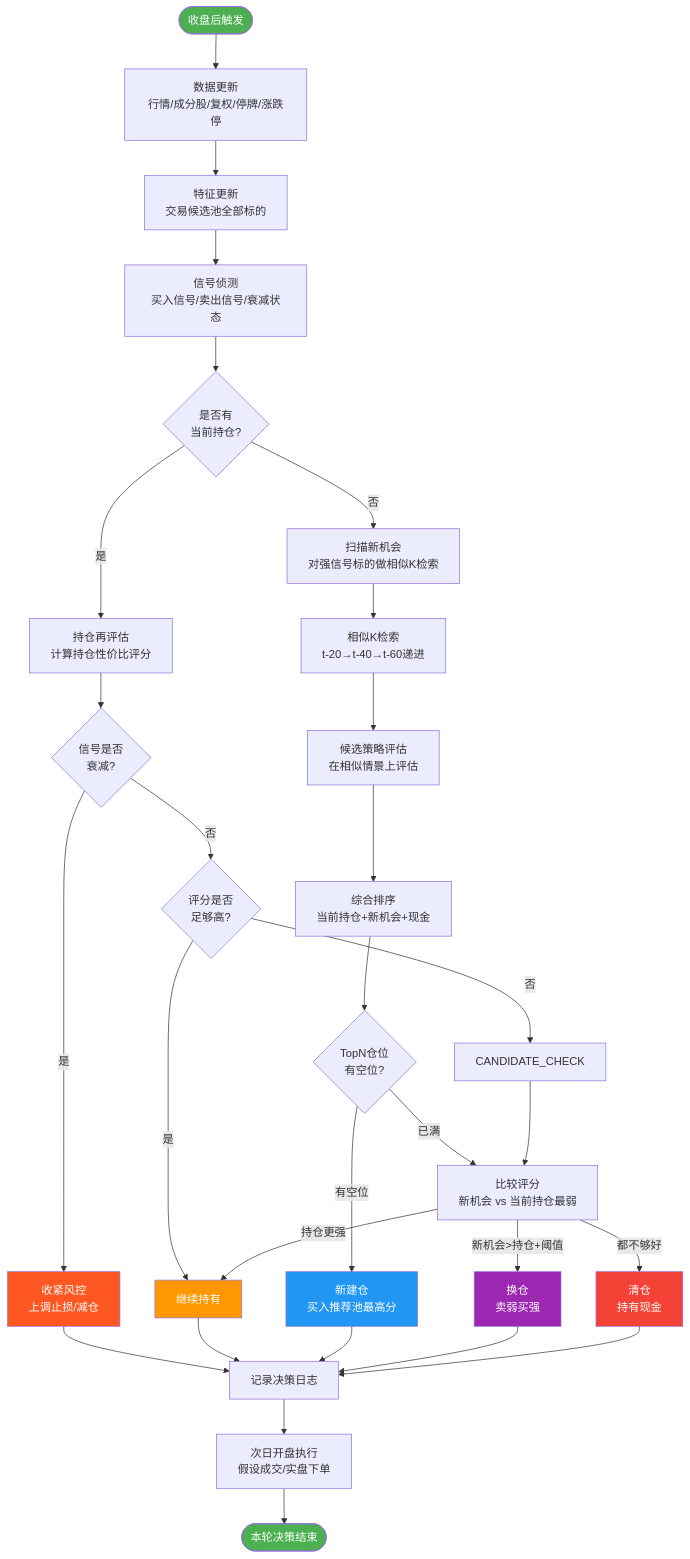
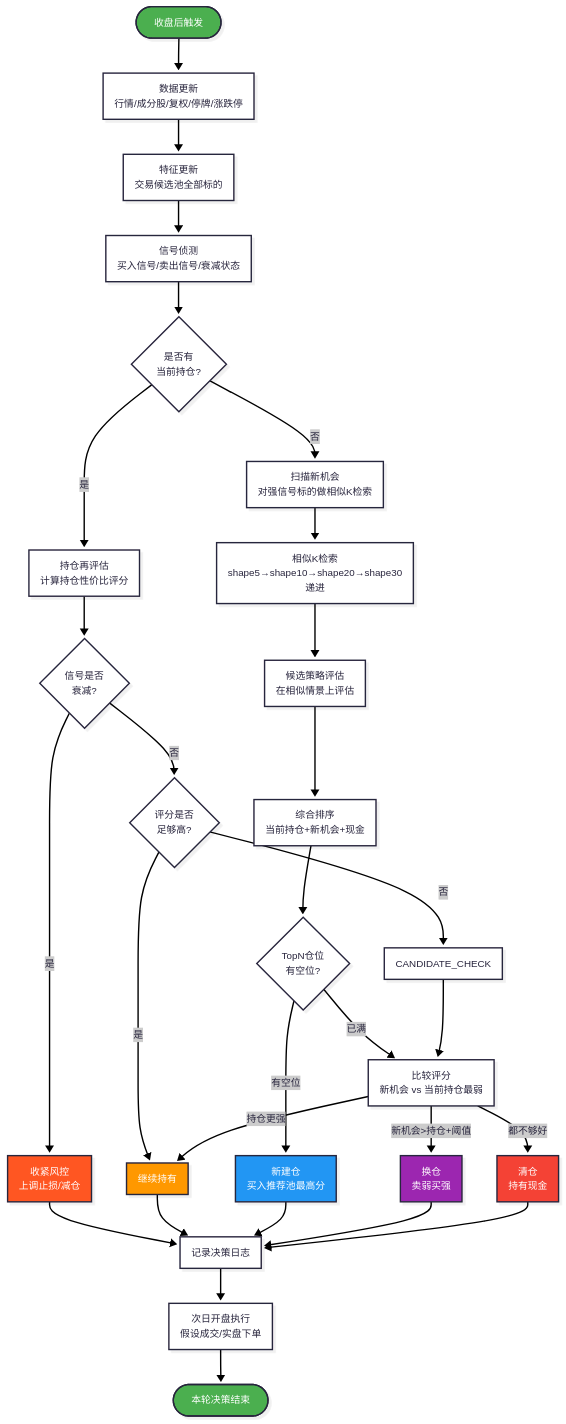
One commit to treachery/trade changed the second of 7 diagrams in docs/pattern_matching/quant_strategy_system_master_plan.md. Above: the diagram before and after it, drawn with Mermaid. The commit also changed other lines of this file, not shown here.

````diff
--- a/docs/pattern_matching/quant_strategy_system_master_plan.md
+++ b/docs/pattern_matching/quant_strategy_system_master_plan.md
@@ -434,52 +451,58 @@
 ```mermaid
+---
+config:
+  look: neo
+  theme: redux
+  layout: dagre
+---
 flowchart TD
     START([收盘后触发]) --> DATA[数据更新<br/>行情/成分股/复权/停牌/涨跌停]
     DATA --> FEATURE[特征更新<br/>交易候选池全部标的]
     FEATURE --> SIG_SCAN[信号侦测<br/>买入信号/卖出信号/衰减状态]
 
     SIG_SCAN --> CHECK_HOLD{是否有<br/>当前持仓?}
 
     CHECK_HOLD -->|是| HOLD_EVAL[持仓再评估<br/>计算持仓性价比评分]
     CHECK_HOLD -->|否| NEW_OPP
 
     HOLD_EVAL --> SIG_DECAY{信号是否<br/>衰减?}
     SIG_DECAY -->|是| TIGHTEN[收紧风控<br/>上调止损/减仓]
     SIG_DECAY -->|否| KEEP_CHECK{评分是否<br/>足够高?}
 
     KEEP_CHECK -->|是| KEEP[继续持有]
     KEEP_CHECK -->|否| CANDIDATE_CHECK
 
     NEW_OPP[扫描新机会<br/>对强信号标的做相似K检索]
 
-    NEW_OPP --> SIM_RETRIEVAL[相似K检索<br/>t-20→t-40→t-60递进]
+    NEW_OPP --> SIM_RETRIEVAL[相似K检索<br/>shape5→shape10→shape20→shape30递进]
     SIM_RETRIEVAL --> STRATEGY_EVAL[候选策略评估<br/>在相似情景上评估]
     STRATEGY_EVAL --> RANKING[综合排序<br/>当前持仓+新机会+现金]
 
     RANKING --> TOPN{TopN仓位<br/>有空位?}
 
     TOPN -->|有空位| NEW_BUY[新建仓<br/>买入推荐池最高分]
     TOPN -->|已满| COMPARE[比较评分<br/>新机会 vs 当前持仓最弱]
 
     CANDIDATE_CHECK --> COMPARE
 
     COMPARE -->|新机会>持仓+阈值| SWITCH[换仓<br/>卖弱买强]
     COMPARE -->|持仓更强| KEEP
     COMPARE -->|都不够好| CLEAR[清仓<br/>持有现金]
 
     TIGHTEN --> RECORD[记录决策日志]
     KEEP --> RECORD
     NEW_BUY --> RECORD
     SWITCH --> RECORD
     CLEAR --> RECORD
 
     RECORD --> EXECUTE[次日开盘执行<br/>假设成交/实盘下单]
     EXECUTE --> END([本轮决策结束])
 
     style START fill:#4caf50,color:#fff
     style END fill:#4caf50,color:#fff
     style NEW_BUY fill:#2196f3,color:#fff
     style KEEP fill:#ff9800,color:#fff
     style SWITCH fill:#9c27b0,color:#fff
     style CLEAR fill:#f44336,color:#fff
     style TIGHTEN fill:#ff5722,color:#fff
 ```
````
